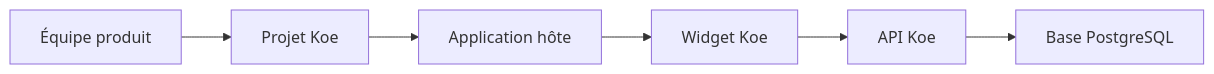
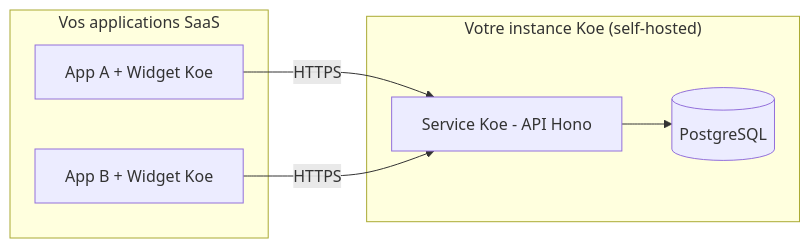
The diagram in README.md (Wifsimster/koe), drawn with Mermaid before and after one commit. The commit also changed other lines of this file, not shown here.

First line of the commit message:
docs: restructure README around service vs widget

````diff
--- a/README.md
+++ b/README.md
@@ -180,8 +11,14 @@
 ```mermaid
 graph LR
-    A[Équipe produit] --> B[Projet Koe]
-    B --> C[Application hôte]
-    C --> D[Widget Koe]
-    D --> E[API Koe]
-    E --> F[Base PostgreSQL]
+    subgraph "Vos applications SaaS"
+        A1[App A + Widget Koe]
+        A2[App B + Widget Koe]
+    end
+    subgraph "Votre instance Koe (self-hosted)"
+        S[Service Koe - API Hono]
+        DB[(PostgreSQL)]
+    end
+    A1 -->|HTTPS| S
+    A2 -->|HTTPS| S
+    S --> DB
 ```
````
